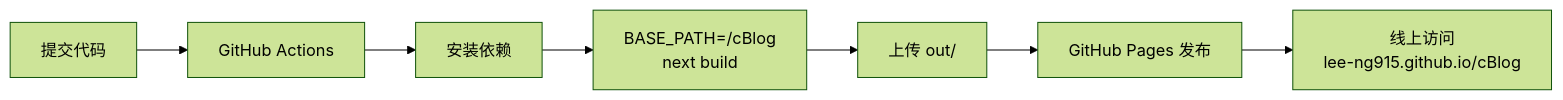
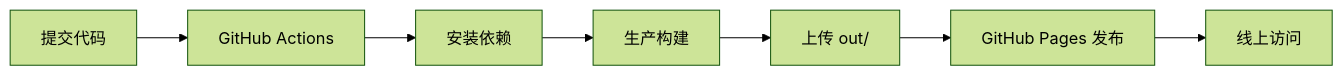
One commit to Lee-NG915/cBlog changed the fifth of 5 diagrams in content/posts/technical/2025/nextjs-blog-setup/index.md. Above: the diagram before and after it, drawn with Mermaid (forest theme). The commit also changed other lines of this file and 1 other file, not shown here.

Commit message:
refactor: improve Mermaid diagram rendering logic and update Markdown examples for clarity

````diff
--- a/content/posts/technical/2025/nextjs-blog-setup/index.md
+++ b/content/posts/technical/2025/nextjs-blog-setup/index.md
@@ -282,9 +280,9 @@
 ```mermaid
 flowchart LR
   A["提交代码"] --> B["GitHub Actions"]
   B --> C["安装依赖"]
-  C --> D["BASE_PATH=/cBlog<br/>next build"]
+  C --> D["生产构建"]
   D --> E["上传 out/"]
   E --> F["GitHub Pages 发布"]
-  F --> G["线上访问<br/>lee-ng915.github.io/cBlog"]
+  F --> G["线上访问"]
 ```
````
